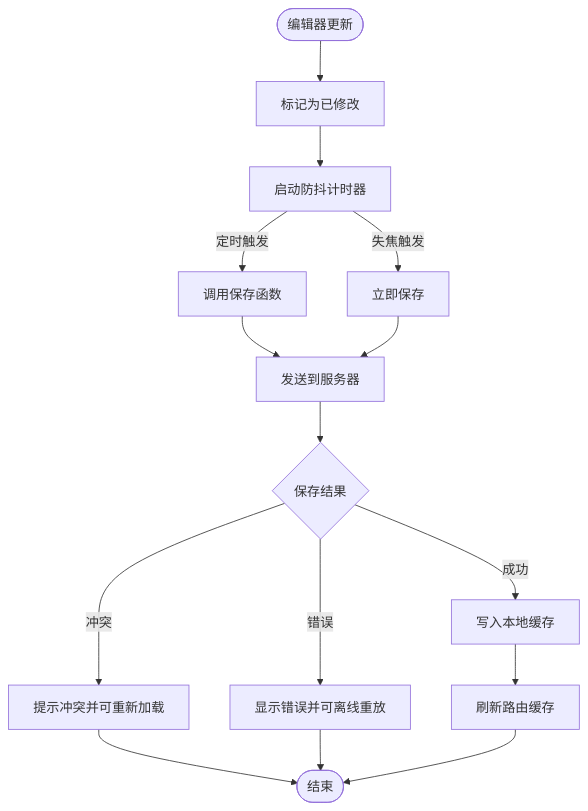
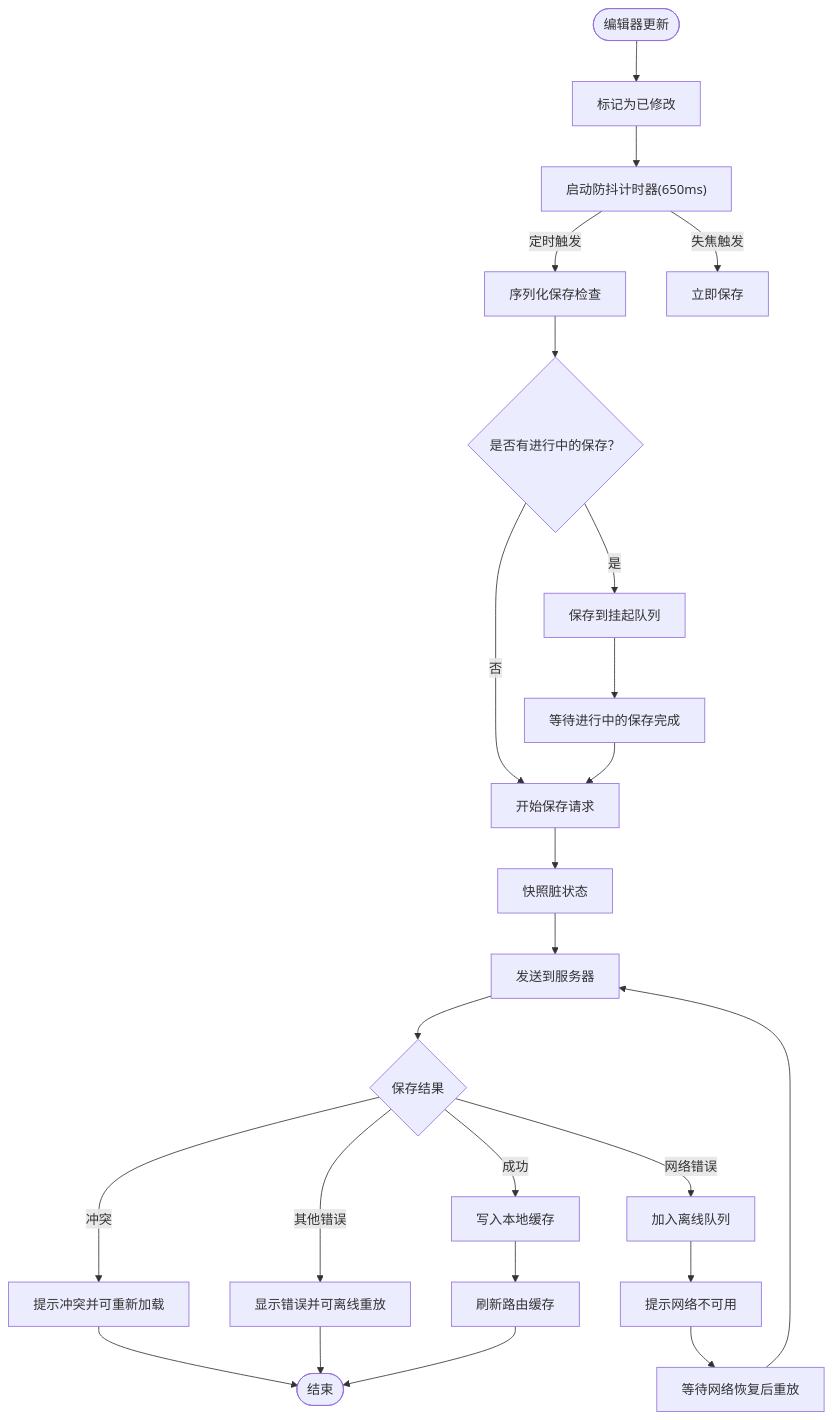
One commit to qiuziGirl/smart-todo changed the fourth of 12 diagrams in .qoder/repowiki/zh/content/便签管理系统/便签管理系统.md. Above: the diagram before and after it, drawn with Mermaid. The commit also changed other lines of this file and 8 other files, not shown here.

````diff
--- a/.qoder/repowiki/zh/content/便签管理系统/便签管理系统.md
+++ b/.qoder/repowiki/zh/content/便签管理系统/便签管理系统.md
@@ -169,17 +268,26 @@
 ```mermaid
 flowchart TD
 Start(["编辑器更新"]) --> Dirty["标记为已修改"]
-Dirty --> Debounce["启动防抖计时器"]
-Debounce --> |定时触发| Save["调用保存函数"]
+Dirty --> Debounce["启动防抖计时器(650ms)"]
+Debounce --> |定时触发| Serialize["序列化保存检查"]
 Debounce --> |失焦触发| ImmediateSave["立即保存"]
-Save --> Flush["发送到服务器"]
-ImmediateSave --> Flush
-Flush --> Result{"保存结果"}
+Serialize --> InFlight{"是否有进行中的保存？"}
+InFlight --> |是| Pending["保存到挂起队列"]
+InFlight --> |否| StartSave["开始保存请求"]
+Pending --> Wait["等待进行中的保存完成"]
+StartSave --> Snapshot["快照脏状态"]
+Snapshot --> Send["发送到服务器"]
+Send --> Result{"保存结果"}
 Result --> |成功| Cache["写入本地缓存"]
 Result --> |冲突| Conflict["提示冲突并可重新加载"]
-Result --> |错误| Error["显示错误并可离线重放"]
+Result --> |网络错误| Offline["加入离线队列"]
+Result --> |其他错误| Error["显示错误并可离线重放"]
+Offline --> Toast["提示网络不可用"]
+Toast --> Drain["等待网络恢复后重放"]
 Cache --> Refresh["刷新路由缓存"]
 Conflict --> End(["结束"])
 Error --> End
+Wait --> StartSave
+Drain --> Send
 Refresh --> End
 ```
````
